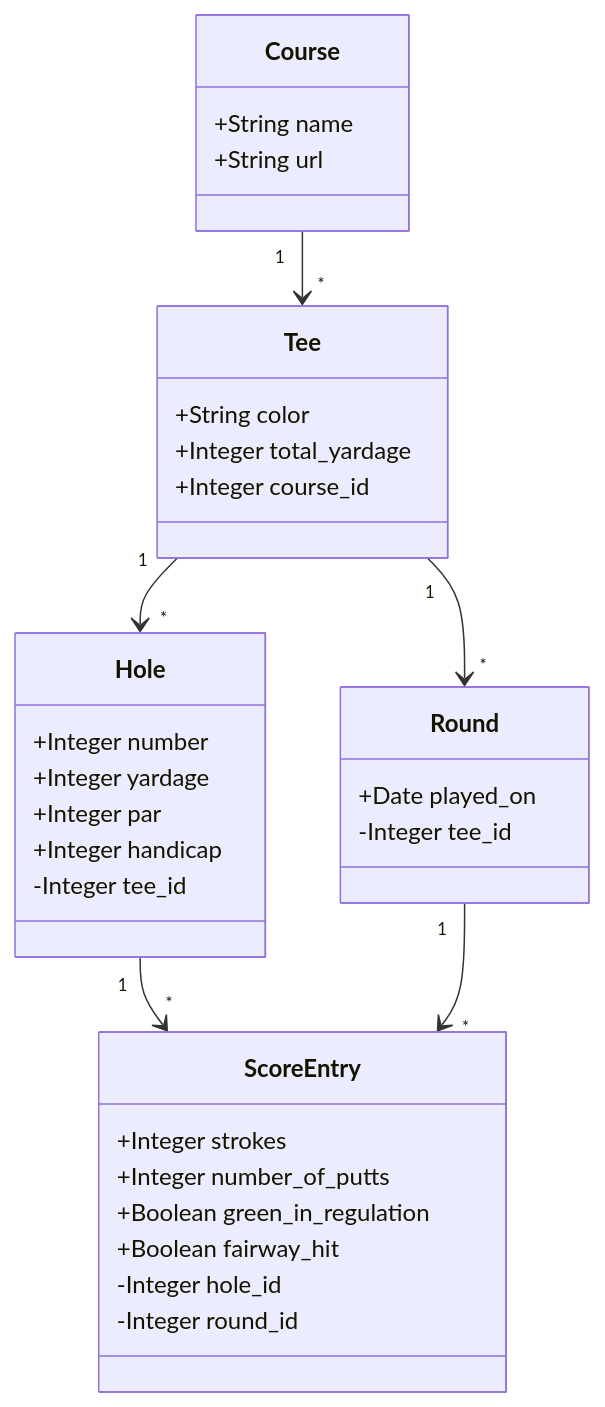
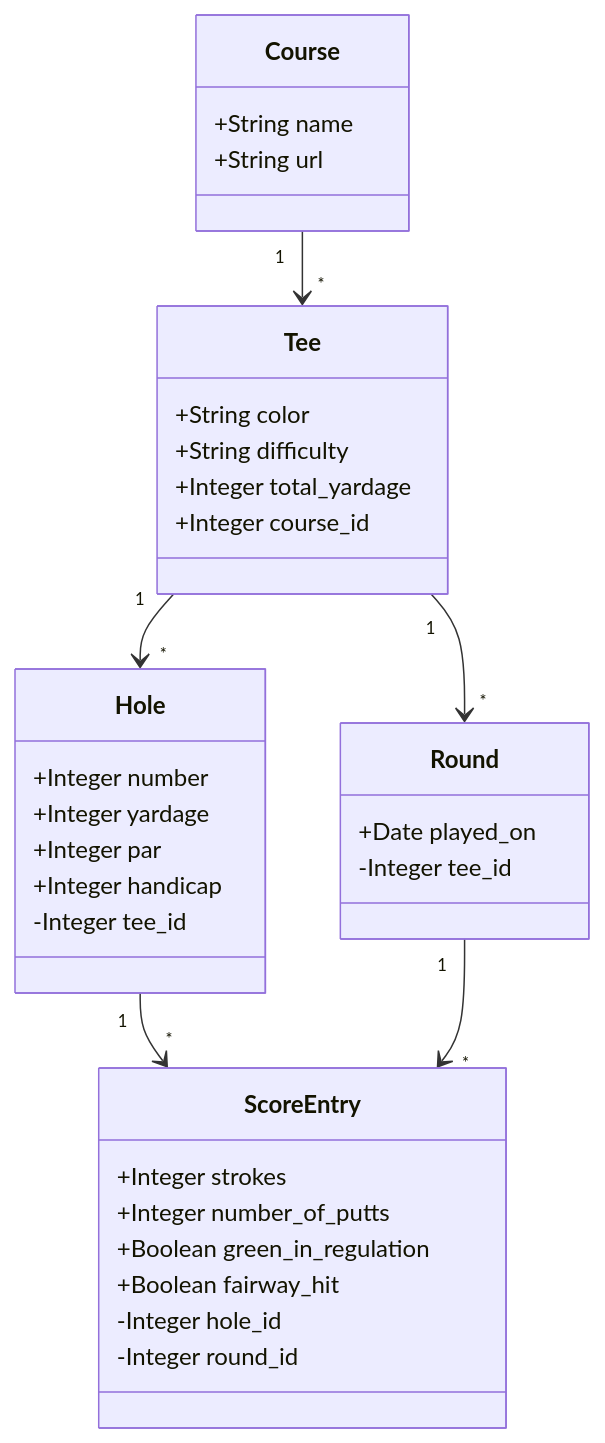
One commit to jnwaletzko/golfscore changed the diagram in class_diagram.md. Above: the diagram before and after it, drawn with Mermaid. The commit also changed 5 other files, not shown here.

````diff
--- a/class_diagram.md
+++ b/class_diagram.md
@@ -1,36 +1,37 @@
 ```mermaid
 classDiagram
   class Hole
   Hole : +Integer number
   Hole : +Integer yardage
   Hole : +Integer par
   Hole : +Integer handicap
   Hole : -Integer tee_id
 
   class Course
   Course : +String name
   Course : +String url
 
   class Tee
   Tee : +String color
+  Tee : +String difficulty
   Tee : +Integer total_yardage
   Tee : +Integer course_id
 
   class Round
   Round : +Date played_on
   Round : -Integer tee_id
 
   class ScoreEntry
   ScoreEntry : +Integer strokes
   ScoreEntry : +Integer number_of_putts
   ScoreEntry : +Boolean green_in_regulation
   ScoreEntry : +Boolean fairway_hit
   ScoreEntry : -Integer hole_id
   ScoreEntry : -Integer round_id
 
   Course "1" --> "*" Tee
   Tee "1" --> "*" Hole
   Hole "1" --> "*" ScoreEntry
   Round "1" --> "*" ScoreEntry
   Tee "1" --> "*" Round
 ```
````
